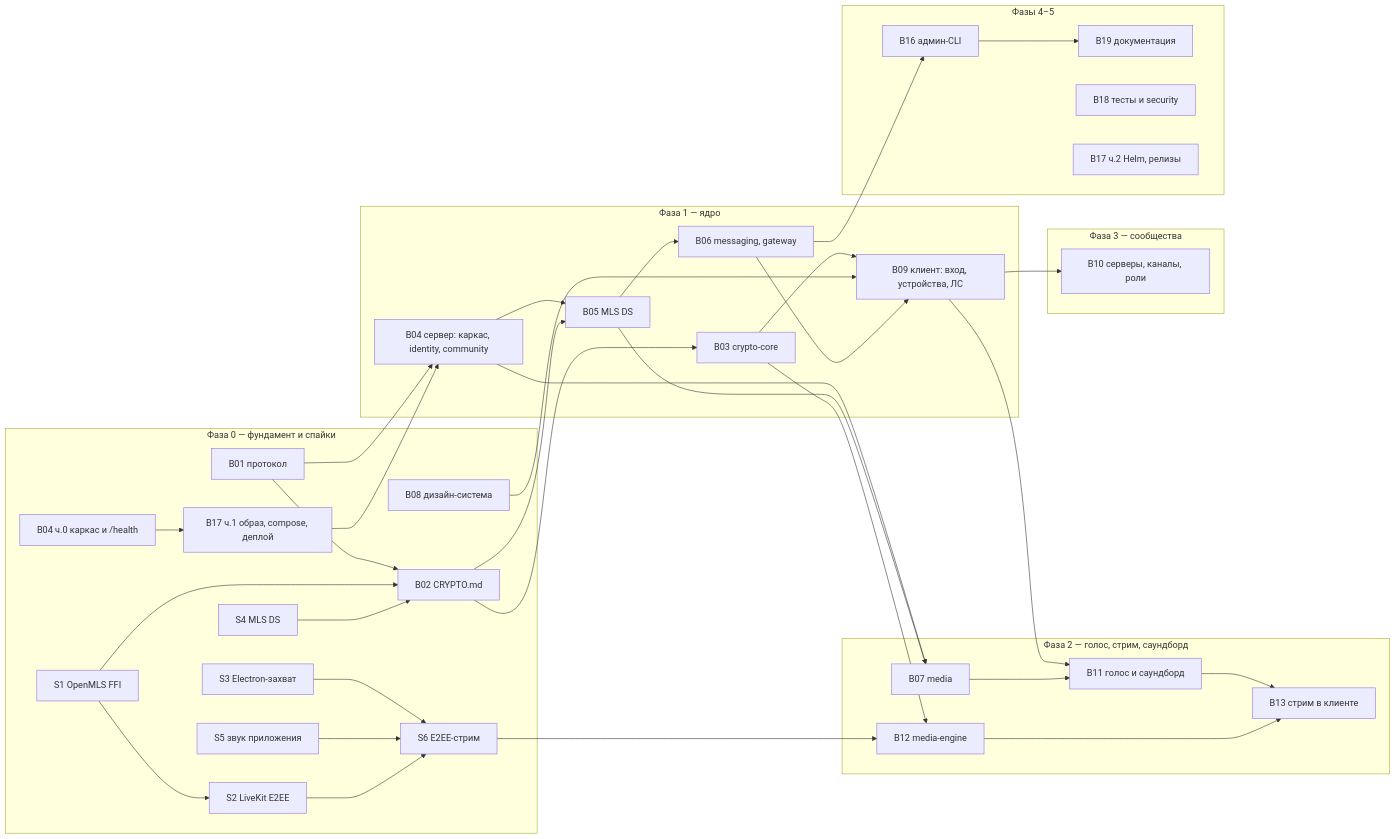
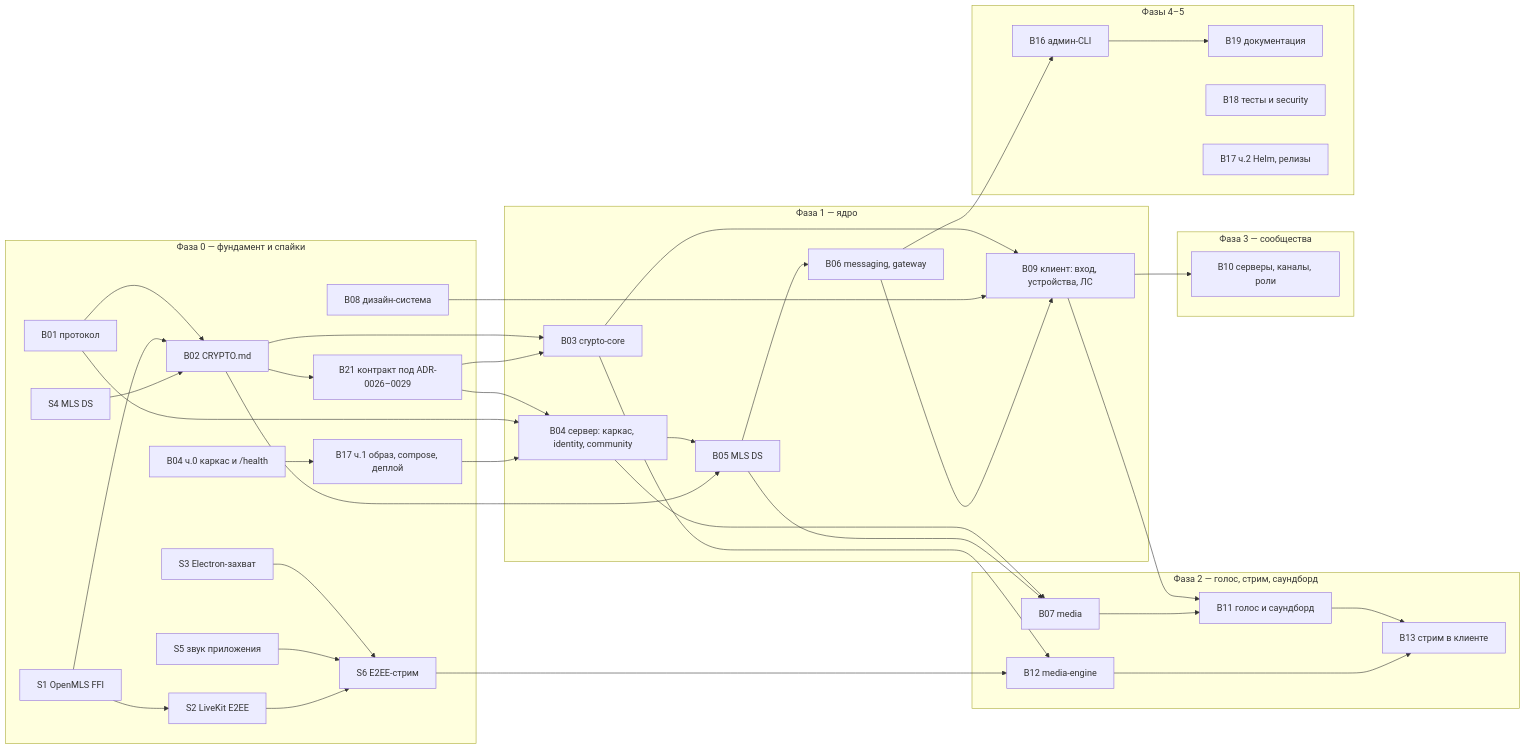
Before and after one commit to nihestver/bebeberloga: the diagram in docs/prompts/README.md, drawn with Mermaid. The commit also changed other lines of this file and 45 other files, not shown here.

````diff
--- a/docs/prompts/README.md
+++ b/docs/prompts/README.md
@@ -9,52 +9,55 @@
 ```mermaid
 flowchart LR
   subgraph F0["Фаза 0 — фундамент и спайки"]
     B01[B01 протокол] --> B02[B02 CRYPTO.md]
+    B02 --> B21[B21 контракт под ADR-0026–0029]
     S1[S1 OpenMLS FFI] --> B02
     S4[S4 MLS DS] --> B02
     S1 --> S2[S2 LiveKit E2EE]
     S3[S3 Electron-захват] --> S6[S6 E2EE-стрим]
     S5[S5 звук приложения] --> S6
     S2 --> S6
     B04a[B04 ч.0 каркас и /health] --> B17a[B17 ч.1 образ, compose, деплой]
     B08[B08 дизайн-система]
   end
   subgraph F1["Фаза 1 — ядро"]
     B03[B03 crypto-core]
     B04[B04 сервер: каркас, identity, community]
     B05[B05 MLS DS]
     B06[B06 messaging, gateway]
     B09[B09 клиент: вход, устройства, ЛС]
   end
   subgraph F2["Фаза 2 — голос, стрим, саундборд"]
     B07[B07 media]
     B11[B11 голос и саундборд]
     B12[B12 media-engine]
     B13[B13 стрим в клиенте]
   end
   subgraph F3["Фаза 3 — сообщества"]
     B10[B10 серверы, каналы, роли]
   end
   subgraph F45["Фазы 4–5"]
     B16[B16 админ-CLI] --> B19[B19 документация]
     B18[B18 тесты и security]
     B17b[B17 ч.2 Helm, релизы]
   end
   B02 --> B03
+  B21 --> B03
+  B21 --> B04
   B01 --> B04 --> B05 --> B06
   B17a --> B04
   B02 --> B05
   B03 --> B09
   B08 --> B09
   B06 --> B09
   B04 --> B07
   B05 --> B07
   B09 --> B11
   B07 --> B11
   S6 --> B12
   B03 --> B12
   B11 --> B13
   B12 --> B13
   B09 --> B10
   B06 --> B16
 ```
````
